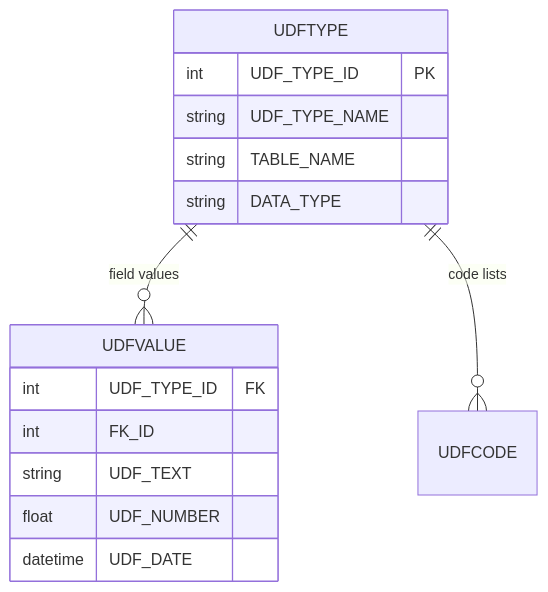
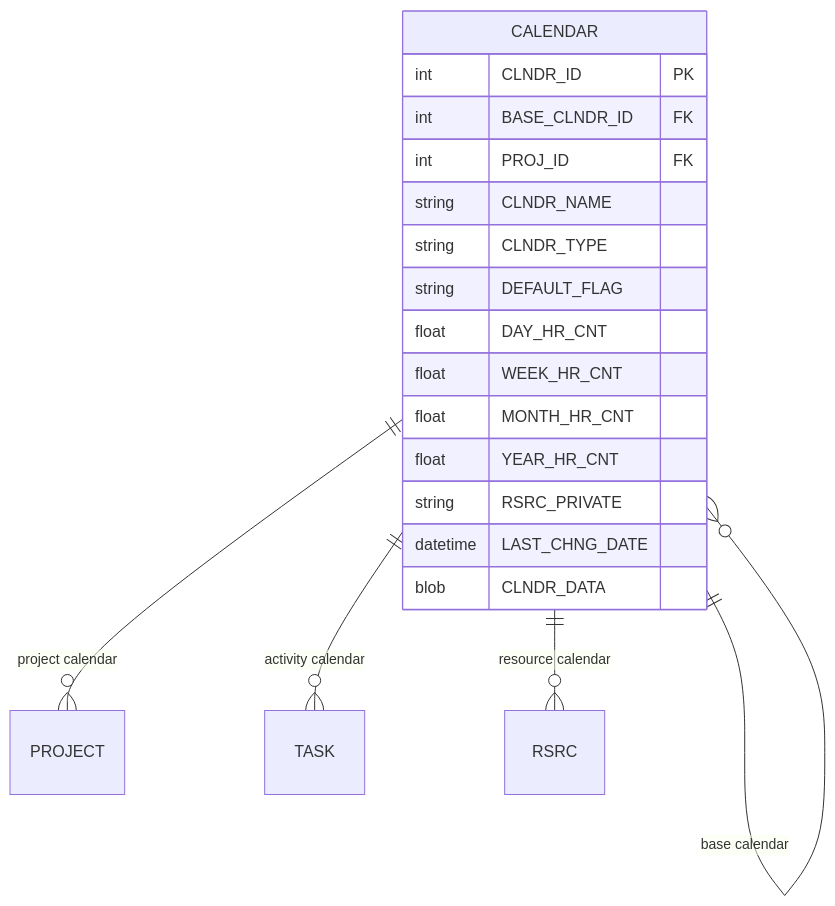
Before and after one commit to lognos/lognos_scheduler: diagram 20 of 29 in P6_SCHEMA_DOCUMENTATION.md, drawn with Mermaid. The commit also changed other lines of this file and 1 other file, not shown here.

````diff
--- a/P6_SCHEMA_DOCUMENTATION.md
+++ b/P6_SCHEMA_DOCUMENTATION.md
@@ -367,20 +1507,23 @@
 ```mermaid
 erDiagram
-    UDFTYPE ||--o{ UDFVALUE : "field values"
-    UDFTYPE ||--o{ UDFCODE : "code lists"
+    CALENDAR ||--o{ CALENDAR : "base calendar"
+    CALENDAR ||--o{ PROJECT : "project calendar"
+    CALENDAR ||--o{ TASK : "activity calendar"
+    CALENDAR ||--o{ RSRC : "resource calendar"
     
-    UDFTYPE {
-        int UDF_TYPE_ID PK
-        string UDF_TYPE_NAME
-        string TABLE_NAME
-        string DATA_TYPE
-    }
-    
-    UDFVALUE {
-        int UDF_TYPE_ID FK
-        int FK_ID
-        string UDF_TEXT
-        float UDF_NUMBER
-        datetime UDF_DATE
+    CALENDAR {
+        int CLNDR_ID PK
+        int BASE_CLNDR_ID FK
+        int PROJ_ID FK
+        string CLNDR_NAME
+        string CLNDR_TYPE
+        string DEFAULT_FLAG
+        float DAY_HR_CNT
+        float WEEK_HR_CNT
+        float MONTH_HR_CNT
+        float YEAR_HR_CNT
+        string RSRC_PRIVATE
+        datetime LAST_CHNG_DATE
+        blob CLNDR_DATA
     }
 ```
````
